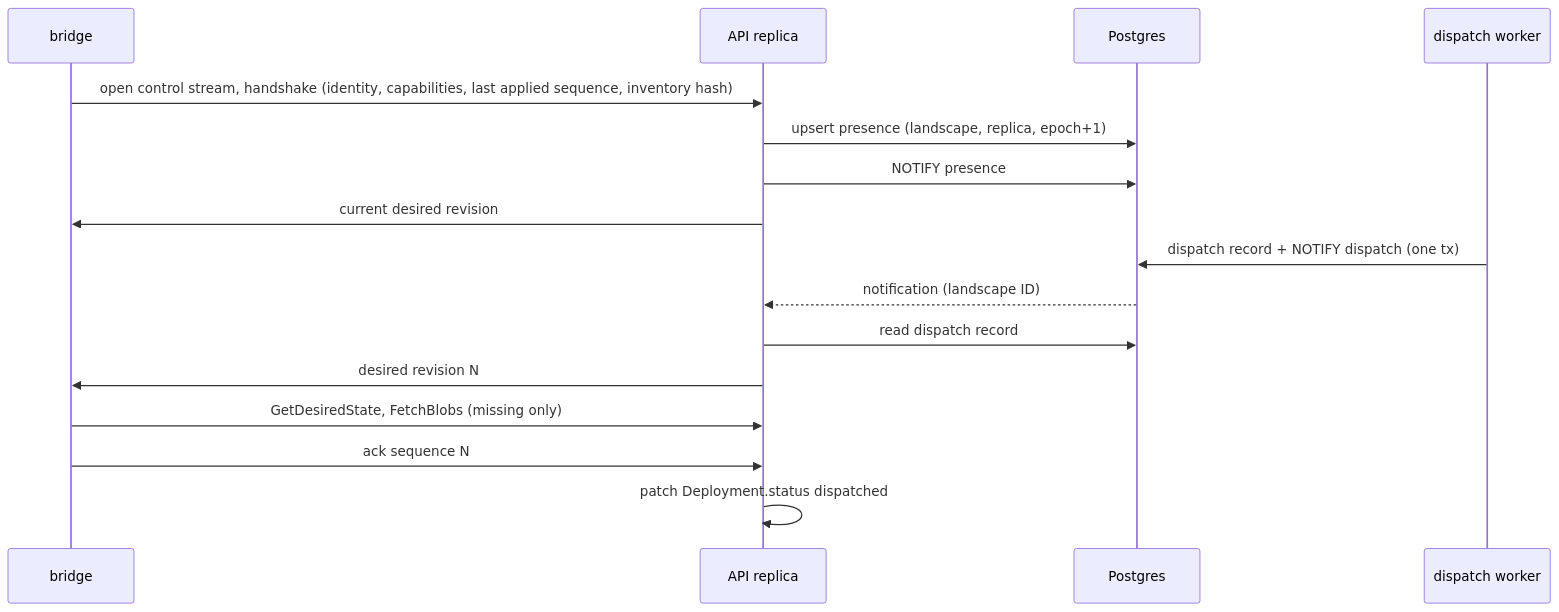
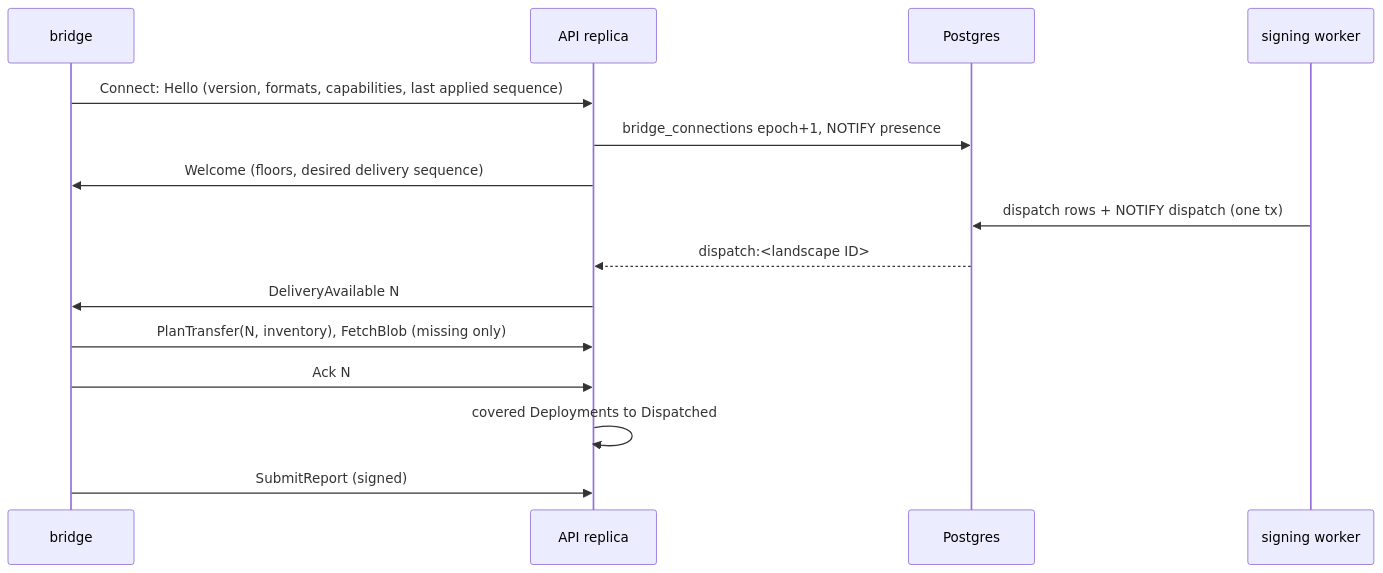
Before and after one commit to nirnanaaa/konfidence: the diagram in docs/design/01-control-plane.md, drawn with Mermaid. The commit also changed other lines of this file and 12 other files, not shown here.

Commit message:
docs(design): apply adversarial review, add roadmap and ADR-0001

````diff
--- a/docs/design/01-control-plane.md
+++ b/docs/design/01-control-plane.md
@@ -133,18 +125,17 @@
 ```mermaid
 sequenceDiagram
   participant B as bridge
   participant A as API replica
   participant P as Postgres
-  participant W as dispatch worker
-  B->>A: open control stream, handshake (identity, capabilities, last applied sequence, inventory hash)
-  A->>P: upsert presence (landscape, replica, epoch+1)
-  A->>P: NOTIFY presence
-  A->>B: current desired revision
-  W->>P: dispatch record + NOTIFY dispatch (one tx)
-  P-->>A: notification (landscape ID)
-  A->>P: read dispatch record
-  A->>B: desired revision N
-  B->>A: GetDesiredState, FetchBlobs (missing only)
-  B->>A: ack sequence N
-  A->>A: patch Deployment.status dispatched
+  participant S as signing worker
+  B->>A: Connect: Hello (version, formats, capabilities, last applied sequence)
+  A->>P: bridge_connections epoch+1, NOTIFY presence
+  A->>B: Welcome (floors, desired delivery sequence)
+  S->>P: dispatch rows + NOTIFY dispatch (one tx)
+  P-->>A: dispatch:<landscape ID>
+  A->>B: DeliveryAvailable N
+  B->>A: PlanTransfer(N, inventory), FetchBlob (missing only)
+  B->>A: Ack N
+  A->>A: covered Deployments to Dispatched
+  B->>A: SubmitReport (signed)
 ```
````
